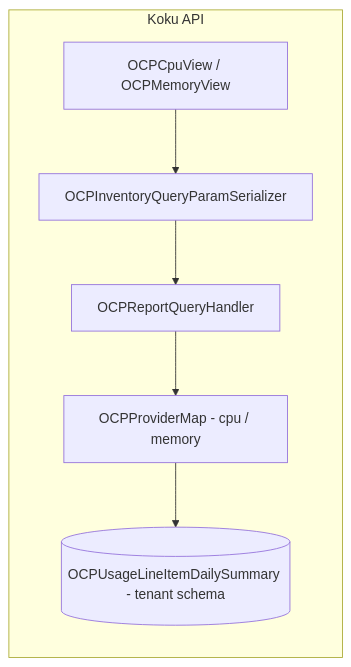
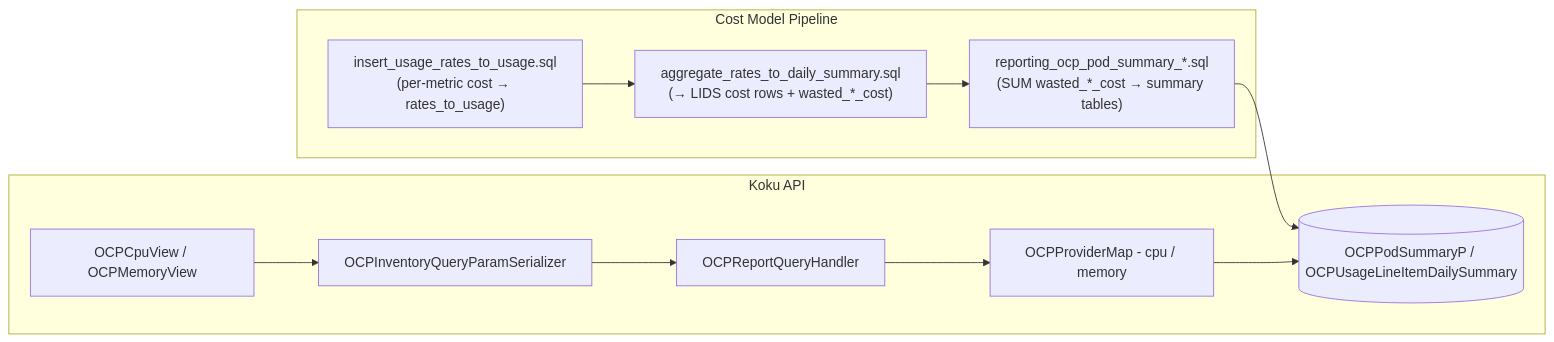
The diagram in docs/architecture/efficiency-scores/README.md (project-koku/koku), drawn with Mermaid before and after one commit. The commit also changed other lines of this file and 1 other file, not shown here.

````diff
--- a/docs/architecture/efficiency-scores/README.md
+++ b/docs/architecture/efficiency-scores/README.md
@@ -51,11 +51,18 @@
 ```mermaid
 flowchart LR
+  subgraph pipeline [Cost Model Pipeline]
+    Phase1["insert_usage_rates_to_usage.sql\n(per-metric cost → rates_to_usage)"]
+    Phase2["aggregate_rates_to_daily_summary.sql\n(→ LIDS cost rows + wasted_*_cost)"]
+    UISummary["reporting_ocp_pod_summary_*.sql\n(SUM wasted_*_cost → summary tables)"]
+    Phase1 --> Phase2 --> UISummary
+  end
   subgraph api [Koku API]
     Views[OCPCpuView / OCPMemoryView]
     Ser[OCPInventoryQueryParamSerializer]
     QH[OCPReportQueryHandler]
     PM[OCPProviderMap - cpu / memory]
-    ORM[(OCPUsageLineItemDailySummary - tenant schema)]
+    ORM[(OCPPodSummaryP / OCPUsageLineItemDailySummary)]
   end
+  UISummary --> ORM
   Views --> Ser --> QH --> PM --> ORM
 ```
````
